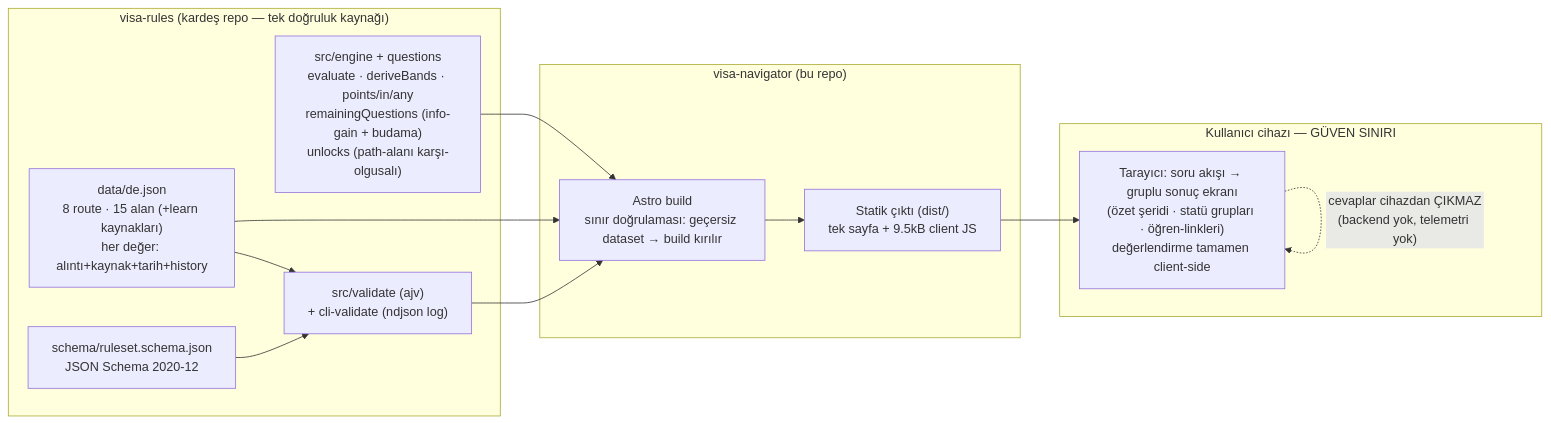
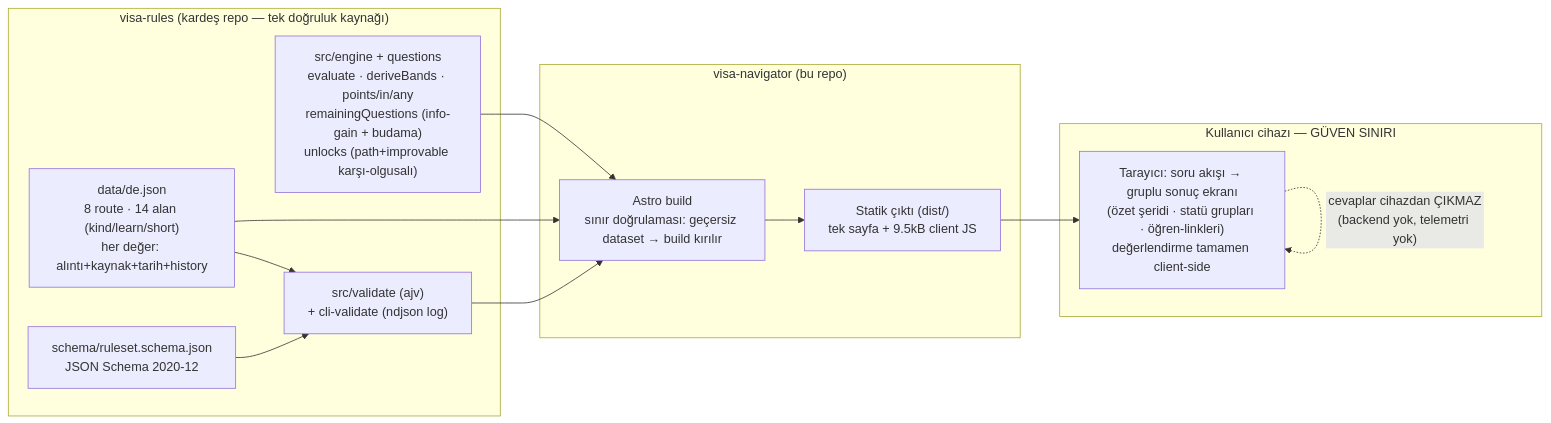
The diagram in docs/spine/ARCHITECTURE.md (OytunOnal/permit-rulebook), drawn with Mermaid before and after one commit. The commit also changed other lines of this file and 3 other files, not shown here.

````diff
--- a/docs/spine/ARCHITECTURE.md
+++ b/docs/spine/ARCHITECTURE.md
@@ -5,24 +5,24 @@
 ```mermaid
 flowchart LR
     subgraph rules["visa-rules (kardeş repo — tek doğruluk kaynağı)"]
-        DATA["data/de.json<br/>8 route · 15 alan (+learn kaynakları)<br/>her değer: alıntı+kaynak+tarih+history"]
+        DATA["data/de.json<br/>8 route · 14 alan (kind/learn/short)<br/>her değer: alıntı+kaynak+tarih+history"]
         SCHEMA["schema/ruleset.schema.json<br/>JSON Schema 2020-12"]
-        ENGINE["src/engine + questions<br/>evaluate · deriveBands · points/in/any<br/>remainingQuestions (info-gain + budama)<br/>unlocks (path-alanı karşı-olgusalı)"]
+        ENGINE["src/engine + questions<br/>evaluate · deriveBands · points/in/any<br/>remainingQuestions (info-gain + budama)<br/>unlocks (path+improvable karşı-olgusalı)"]
         VALIDATE["src/validate (ajv)<br/>+ cli-validate (ndjson log)"]
     end
 
     subgraph nav["visa-navigator (bu repo)"]
         BUILD["Astro build<br/>sınır doğrulaması: geçersiz dataset → build kırılır"]
         SITE["Statik çıktı (dist/)<br/>tek sayfa + 9.5kB client JS"]
     end
 
     subgraph device["Kullanıcı cihazı — GÜVEN SINIRI"]
         UI["Tarayıcı: soru akışı → gruplu sonuç ekranı<br/>(özet şeridi · statü grupları · öğren-linkleri)<br/>değerlendirme tamamen client-side"]
     end
 
     DATA --> VALIDATE --> BUILD
     SCHEMA --> VALIDATE
     DATA --> BUILD
     ENGINE --> BUILD --> SITE --> UI
     UI -. "cevaplar cihazdan ÇIKMAZ<br/>(backend yok, telemetri yok)" .-> UI
 ```
````
